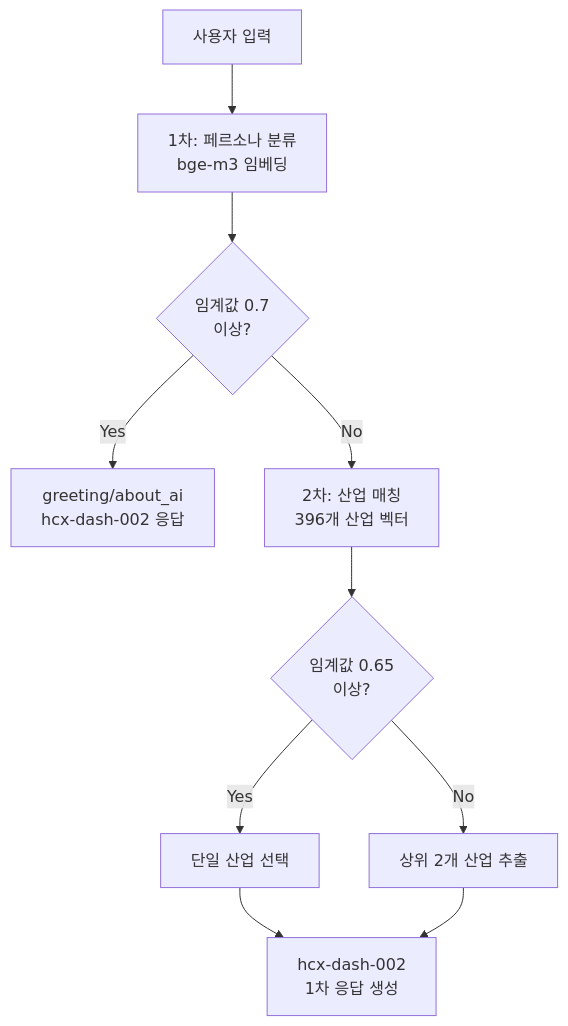
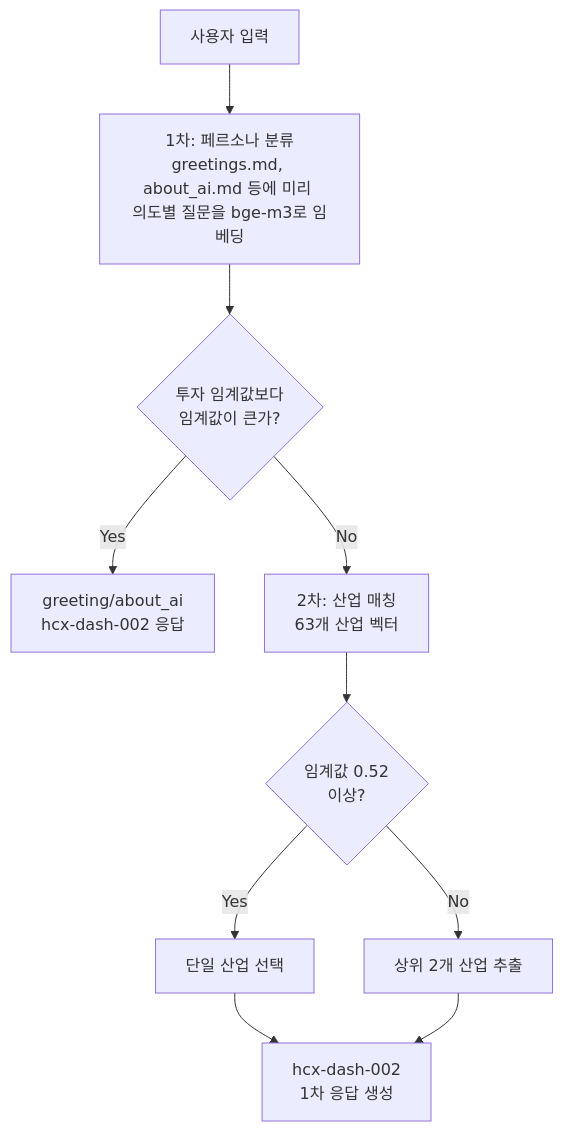
One commit to Plokies-2/AIfestival changed the first of 4 diagrams in README.md. Above: the diagram before and after it, drawn with Mermaid. The commit also changed other lines of this file and 8 other files, not shown here.

````diff
--- a/README.md
+++ b/README.md
@@ -134,12 +134,12 @@
 ```mermaid
 graph TD
-    A[사용자 입력] --> B[1차: 페르소나 분류<br/>bge-m3 임베딩]
-    B --> C{임계값 0.7<br/>이상?}
+    A[사용자 입력] --> B[1차: 페르소나 분류<br/>greetings.md, about_ai.md 등에 미리 <br/>의도별 질문을 bge-m3로 임베딩]
+    B --> C{투자 임계값보다<br/>임계값이 큰가?}
     C -->|Yes| D[greeting/about_ai<br/>hcx-dash-002 응답]
-    C -->|No| E[2차: 산업 매칭<br/>396개 산업 벡터]
-    E --> F{임계값 0.65<br/>이상?}
+    C -->|No| E[2차: 산업 매칭<br/>63개 산업 벡터]
+    E --> F{임계값 0.52<br/>이상?}
     F -->|Yes| G[단일 산업 선택]
     F -->|No| H[상위 2개 산업 추출]
     G --> I[hcx-dash-002<br/>1차 응답 생성]
     H --> I
 ```
````
